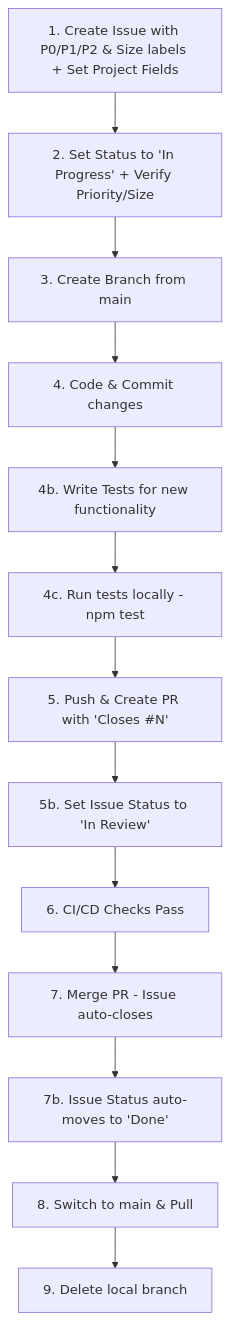
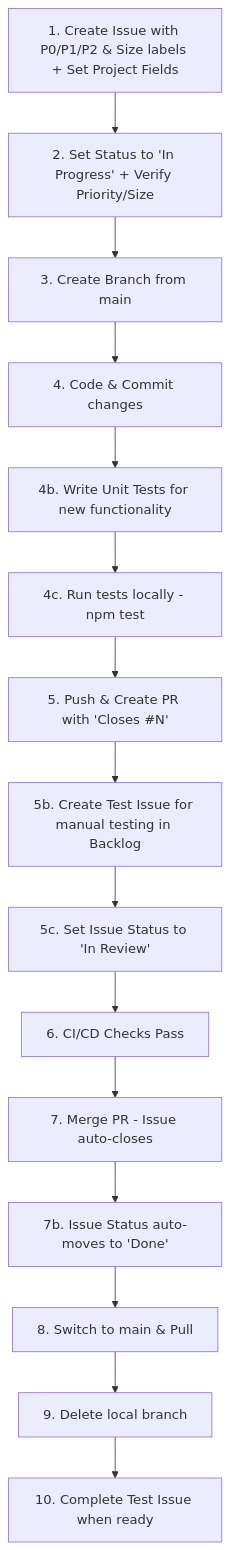
Before and after one commit to nmohamaya/Cooking_app: the diagram in MyRecipeApp/README.md, drawn with Mermaid. The commit also changed other lines of this file, not shown here.

First line of the commit message:
docs: Update workflow to create separate test issues for PRs

````diff
--- a/MyRecipeApp/README.md
+++ b/MyRecipeApp/README.md
@@ -116,15 +116,17 @@
 ```mermaid
 graph TD
     A[1. Create Issue with P0/P1/P2 & Size labels + Set Project Fields] --> B[2. Set Status to 'In Progress' + Verify Priority/Size]
     B --> C[3. Create Branch from main]
     C --> D[4. Code & Commit changes]
-    D --> E[4b. Write Tests for new functionality]
+    D --> E[4b. Write Unit Tests for new functionality]
     E --> F[4c. Run tests locally - npm test]
     F --> G[5. Push & Create PR with 'Closes #N']
-    G --> H[5b. Set Issue Status to 'In Review']
-    H --> I[6. CI/CD Checks Pass]
-    I --> J[7. Merge PR - Issue auto-closes]
-    J --> K[7b. Issue Status auto-moves to 'Done']
-    K --> L[8. Switch to main & Pull]
-    L --> M[9. Delete local branch]
+    G --> H[5b. Create Test Issue for manual testing in Backlog]
+    H --> I[5c. Set Issue Status to 'In Review']
+    I --> J[6. CI/CD Checks Pass]
+    J --> K[7. Merge PR - Issue auto-closes]
+    K --> L[7b. Issue Status auto-moves to 'Done']
+    L --> M[8. Switch to main & Pull]
+    M --> N[9. Delete local branch]
+    N --> O[10. Complete Test Issue when ready]
 ```
````
